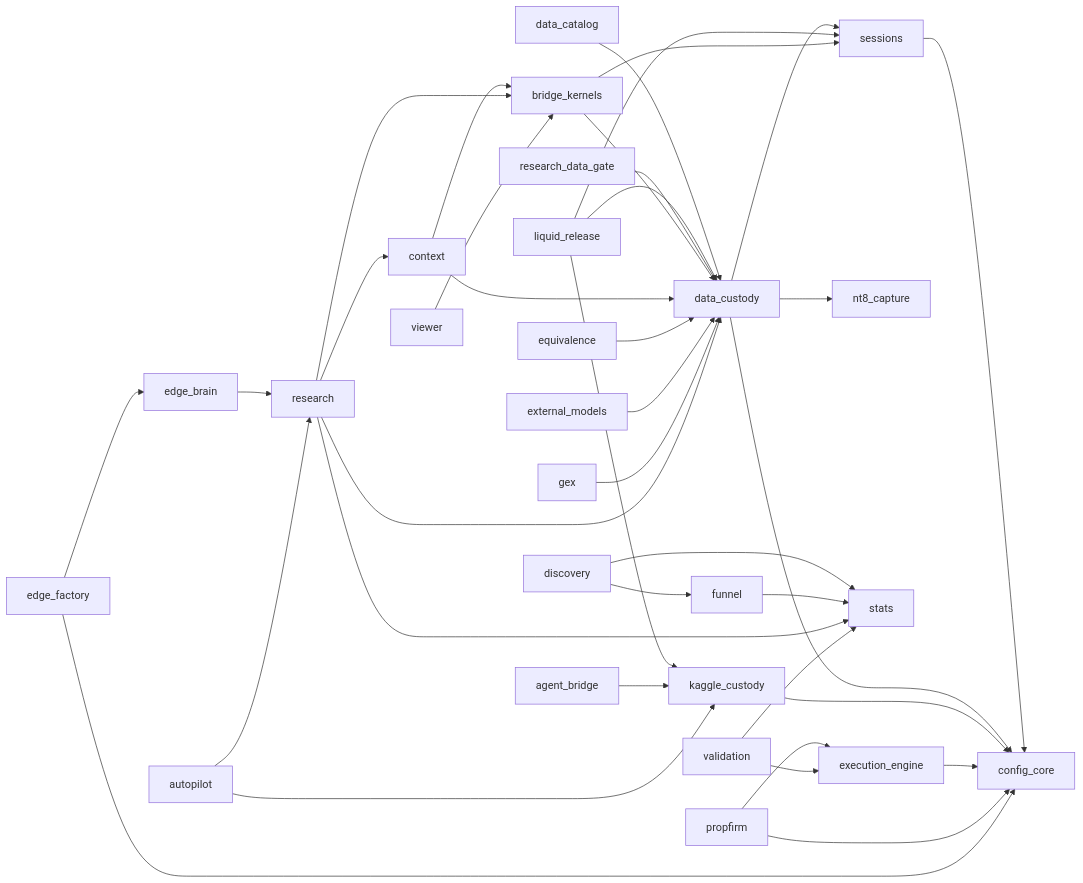
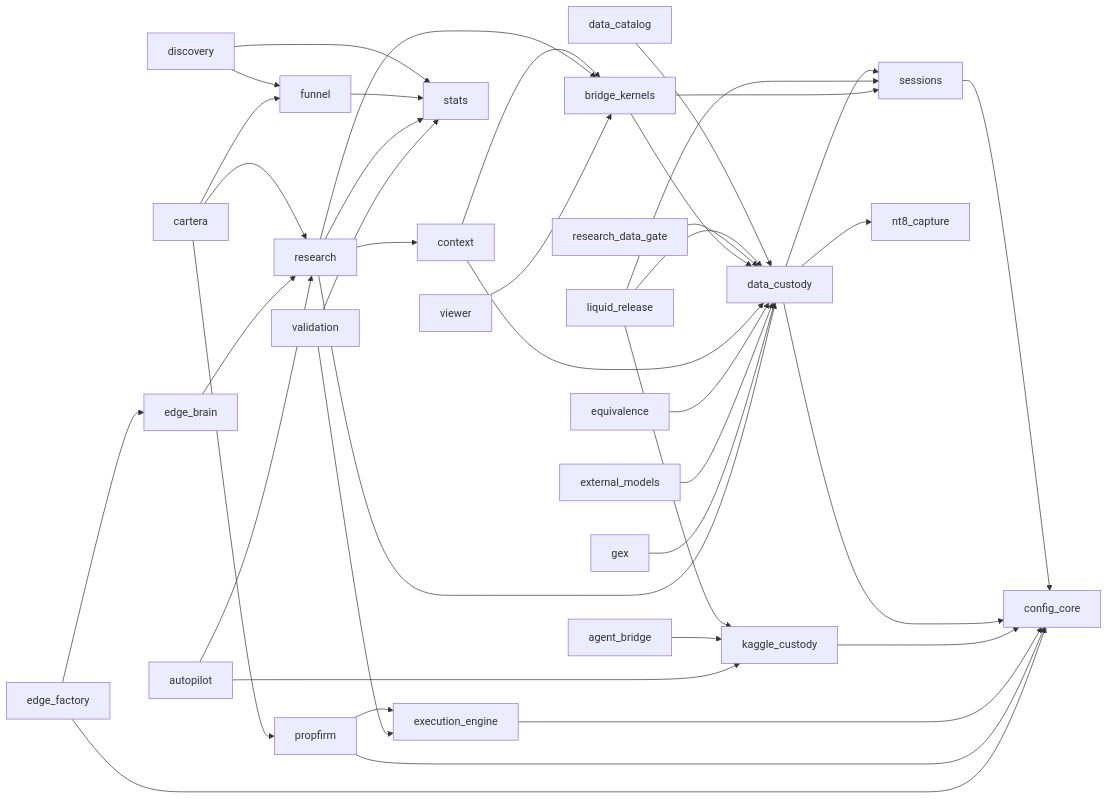
The diagram in docs/MODULES.md (Nicodelcampo/EdgeLab), drawn with Mermaid before and after one commit. The commit also changed other lines of this file and 85 other files, not shown here.

````diff
--- a/docs/MODULES.md
+++ b/docs/MODULES.md
@@ -53,39 +54,42 @@
 ```mermaid
 graph LR
   sessions --> config_core
   data_catalog --> data_custody
   data_custody --> config_core
   data_custody --> sessions
   data_custody --> nt8_capture
   kaggle_custody --> config_core
   liquid_release --> data_custody
   liquid_release --> sessions
   liquid_release --> kaggle_custody
   research_data_gate --> data_custody
   bridge_kernels --> data_custody
   bridge_kernels --> sessions
   context --> bridge_kernels
   context --> data_custody
   discovery --> stats
   discovery --> funnel
   equivalence --> data_custody
   external_models --> data_custody
   funnel --> stats
   gex --> data_custody
   research --> data_custody
   research --> bridge_kernels
   research --> stats
   research --> context
+  cartera --> research
+  cartera --> funnel
+  cartera --> propfirm
   execution_engine --> config_core
   propfirm --> config_core
   propfirm --> execution_engine
   validation --> execution_engine
   validation --> stats
   edge_brain --> research
   edge_factory --> edge_brain
   edge_factory --> config_core
   agent_bridge --> kaggle_custody
   autopilot --> kaggle_custody
   autopilot --> research
   viewer --> bridge_kernels
 ```
````
